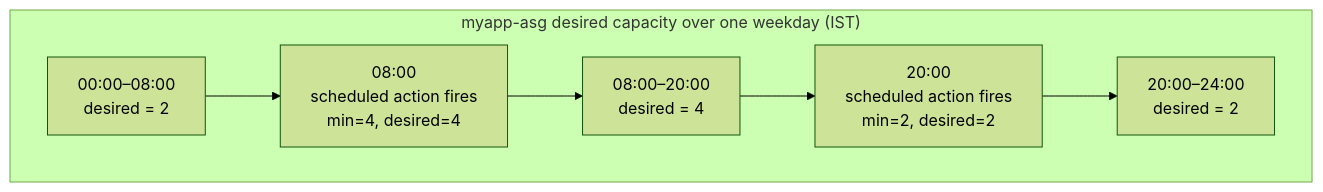
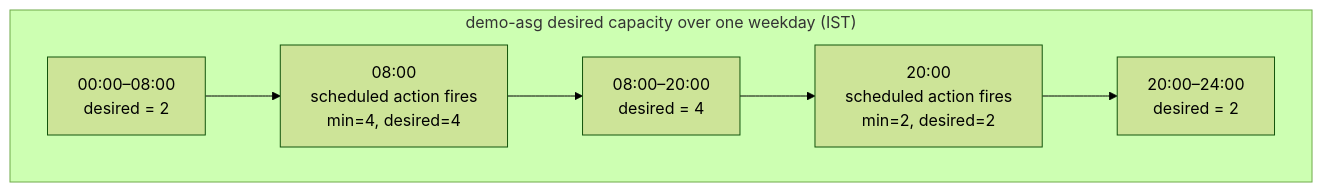
One commit to msdeepak052/AWS_Imp_Concepts changed the diagram in EC2/ASG/04-Scheduled-Scaling-HandsOn.md. Above: the diagram before and after it, drawn with Mermaid (forest theme). The commit also changed other lines of this file and 66 other files, not shown here.

````diff
--- a/EC2/ASG/04-Scheduled-Scaling-HandsOn.md
+++ b/EC2/ASG/04-Scheduled-Scaling-HandsOn.md
@@ -97,10 +97,10 @@
 ```mermaid
 flowchart LR
-    subgraph Timeline["myapp-asg desired capacity over one weekday (IST)"]
+    subgraph Timeline["demo-asg desired capacity over one weekday (IST)"]
         direction LR
         T1["00:00–08:00<br/>desired = 2"] --> T2["08:00<br/>scheduled action fires<br/>min=4, desired=4"]
         T2 --> T3["08:00–20:00<br/>desired = 4"]
         T3 --> T4["20:00<br/>scheduled action fires<br/>min=2, desired=2"]
         T4 --> T5["20:00–24:00<br/>desired = 2"]
     end
 ```
````
